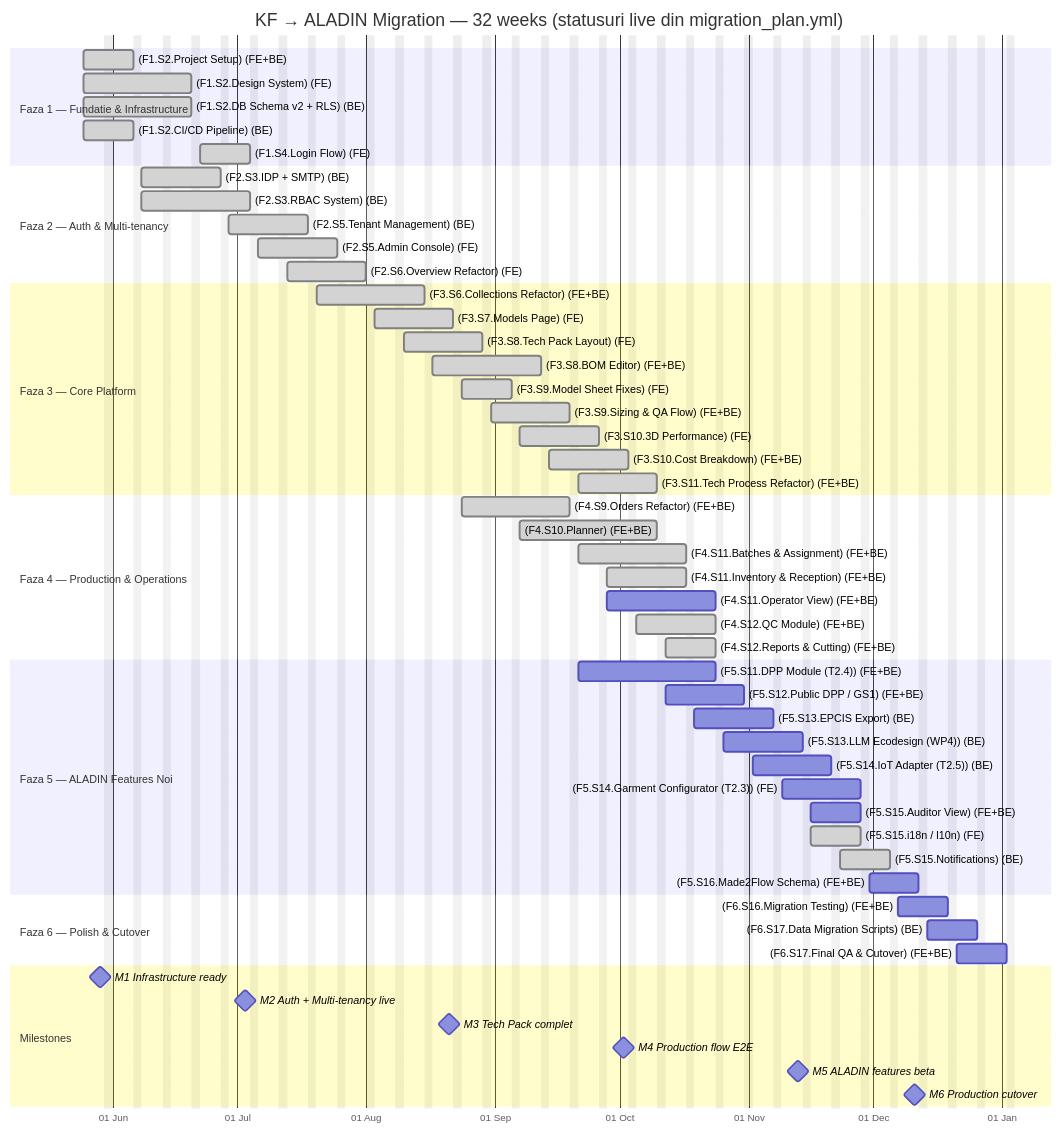
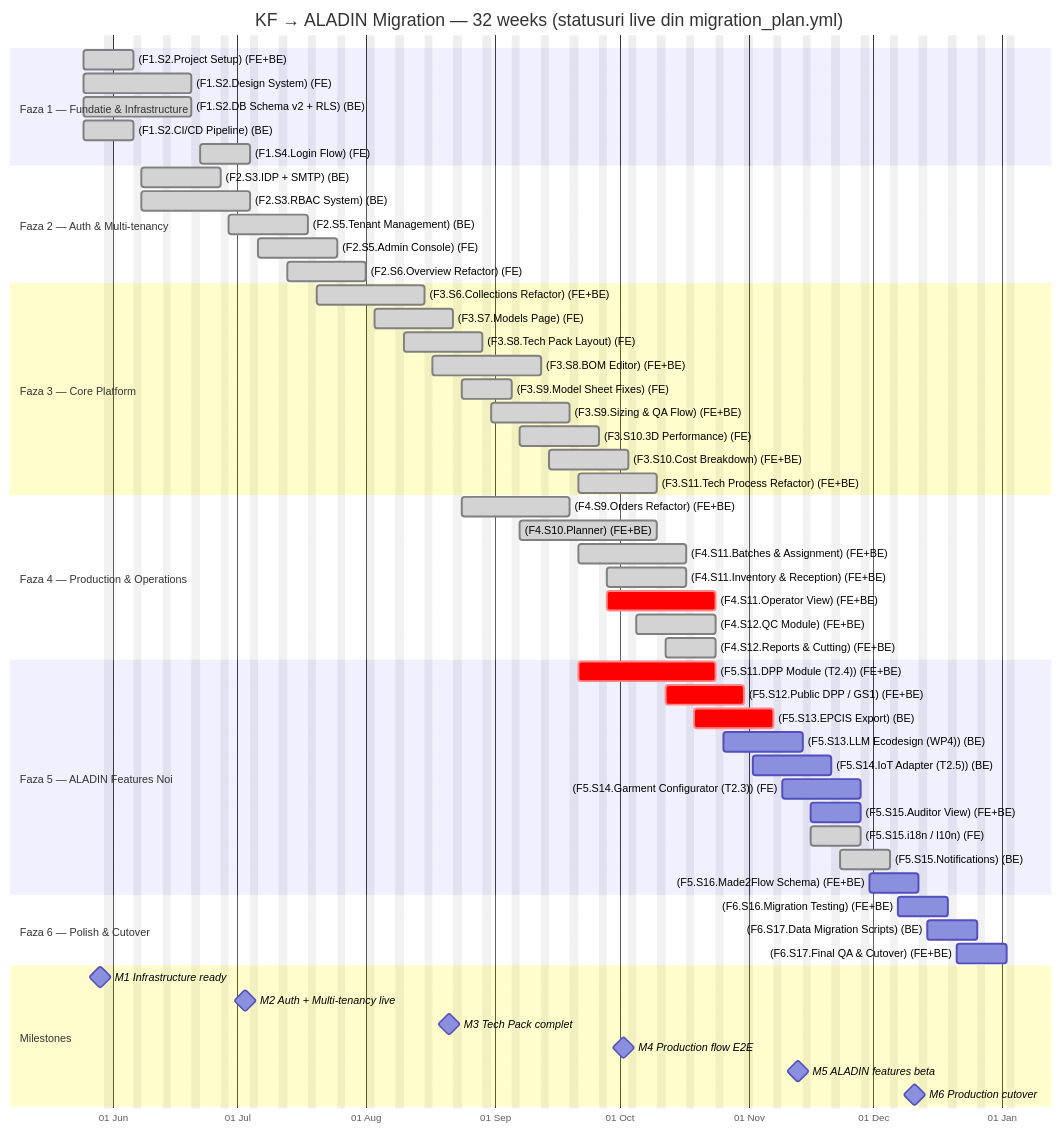
Before and after one commit to Katty-Fashion/kf-cpto: the diagram in docs/migration-gantt.md, drawn with Mermaid. The commit also changed 36 other files, not shown here.

````diff
--- a/docs/migration-gantt.md
+++ b/docs/migration-gantt.md
@@ -163,66 +163,66 @@
 ```mermaid
 gantt
     title KF → ALADIN Migration — 32 weeks (statusuri live din migration_plan.yml)
     dateFormat YYYY-MM-DD
     axisFormat %d %b
     excludes weekends
 
     section Faza 1 — Fundatie & Infrastructure
     (F1.S2.Project Setup) (FE+BE) :done, f1t1, 2026-05-25, 10d
     (F1.S2.Design System) (FE) :done, f1t2, 2026-05-25, 20d
     (F1.S2.DB Schema v2 + RLS) (BE) :done, f1t3, 2026-05-25, 20d
     (F1.S2.CI/CD Pipeline) (BE) :done, f1t4, 2026-05-25, 10d
     (F1.S4.Login Flow) (FE) :done, f1t5, 2026-06-22, 10d
 
     section Faza 2 — Auth & Multi-tenancy
     (F2.S3.IDP + SMTP) (BE) :done, f2t1, 2026-06-08, 15d
     (F2.S3.RBAC System) (BE) :done, f2t2, 2026-06-08, 20d
     (F2.S5.Tenant Management) (BE) :done, f2t3, 2026-06-29, 15d
     (F2.S5.Admin Console) (FE) :done, f2t4, 2026-07-06, 15d
     (F2.S6.Overview Refactor) (FE) :done, f2t5, 2026-07-13, 15d
 
     section Faza 3 — Core Platform
     (F3.S6.Collections Refactor) (FE+BE) :done, f3t1, 2026-07-20, 20d
     (F3.S7.Models Page) (FE) :done, f3t2, 2026-08-03, 15d
     (F3.S8.Tech Pack Layout) (FE) :done, f3t3, 2026-08-10, 15d
     (F3.S8.BOM Editor) (FE+BE) :done, f3t4, 2026-08-17, 20d
     (F3.S9.Model Sheet Fixes) (FE) :done, f3t5, 2026-08-24, 10d
     (F3.S9.Sizing & QA Flow) (FE+BE) :done, f3t6, 2026-08-31, 15d
     (F3.S10.3D Performance) (FE) :done, f3t7, 2026-09-07, 15d
     (F3.S10.Cost Breakdown) (FE+BE) :done, f3t8, 2026-09-14, 15d
     (F3.S11.Tech Process Refactor) (FE+BE) :done, f3t9, 2026-09-21, 15d
 
     section Faza 4 — Production & Operations
     (F4.S9.Orders Refactor) (FE+BE) :done, f4t1, 2026-08-24, 20d
     (F4.S10.Planner) (FE+BE) :done, f4t2, 2026-09-07, 25d
     (F4.S11.Batches & Assignment) (FE+BE) :done, f4t3, 2026-09-21, 20d
     (F4.S11.Inventory & Reception) (FE+BE) :done, f4t4, 2026-09-28, 15d
-    (F4.S11.Operator View) (FE+BE) :f4t5, 2026-09-28, 20d
+    (F4.S11.Operator View) (FE+BE) :crit, f4t5, 2026-09-28, 20d
     (F4.S12.QC Module) (FE+BE) :done, f4t6, 2026-10-05, 15d
     (F4.S12.Reports & Cutting) (FE+BE) :done, f4t7, 2026-10-12, 10d
 
     section Faza 5 — ALADIN Features Noi
-    (F5.S11.DPP Module (T2.4)) (FE+BE) :f5t1, 2026-09-21, 25d
-    (F5.S12.Public DPP / GS1) (FE+BE) :f5t2, 2026-10-12, 15d
-    (F5.S13.EPCIS Export) (BE) :f5t3, 2026-10-19, 15d
+    (F5.S11.DPP Module (T2.4)) (FE+BE) :crit, f5t1, 2026-09-21, 25d
+    (F5.S12.Public DPP / GS1) (FE+BE) :crit, f5t2, 2026-10-12, 15d
+    (F5.S13.EPCIS Export) (BE) :crit, f5t3, 2026-10-19, 15d
     (F5.S13.LLM Ecodesign (WP4)) (BE) :f5t4, 2026-10-26, 15d
     (F5.S14.IoT Adapter (T2.5)) (BE) :f5t5, 2026-11-02, 15d
     (F5.S14.Garment Configurator (T2.3)) (FE) :f5t6, 2026-11-09, 15d
     (F5.S15.Auditor View) (FE+BE) :f5t7, 2026-11-16, 10d
     (F5.S15.i18n / l10n) (FE) :done, f5t8, 2026-11-16, 10d
     (F5.S15.Notifications) (BE) :done, f5t9, 2026-11-23, 10d
     (F5.S16.Made2Flow Schema) (FE+BE) :f5t10, 2026-11-30, 10d
 
     section Faza 6 — Polish & Cutover
     (F6.S16.Migration Testing) (FE+BE) :f6t1, 2026-12-07, 10d
     (F6.S17.Data Migration Scripts) (BE) :f6t2, 2026-12-14, 10d
     (F6.S17.Final QA & Cutover) (FE+BE) :f6t3, 2026-12-21, 10d
 
     section Milestones
     M1 Infrastructure ready :milestone, m1, 2026-05-29, 0d
     M2 Auth + Multi-tenancy live :milestone, m2, 2026-07-03, 0d
     M3 Tech Pack complet :milestone, m3, 2026-08-21, 0d
     M4 Production flow E2E :milestone, m4, 2026-10-02, 0d
     M5 ALADIN features beta :milestone, m5, 2026-11-13, 0d
     M6 Production cutover :milestone, m6, 2026-12-11, 0d
 ```
````
